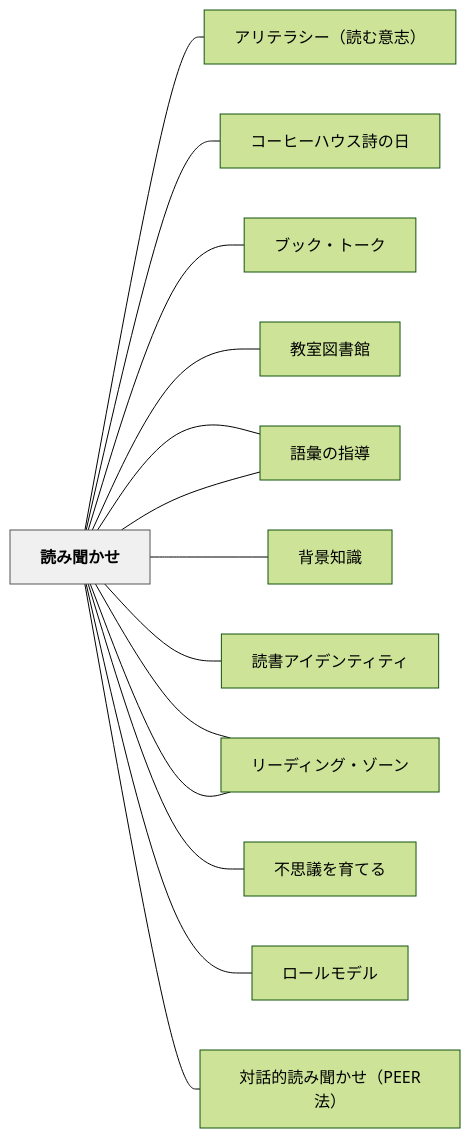
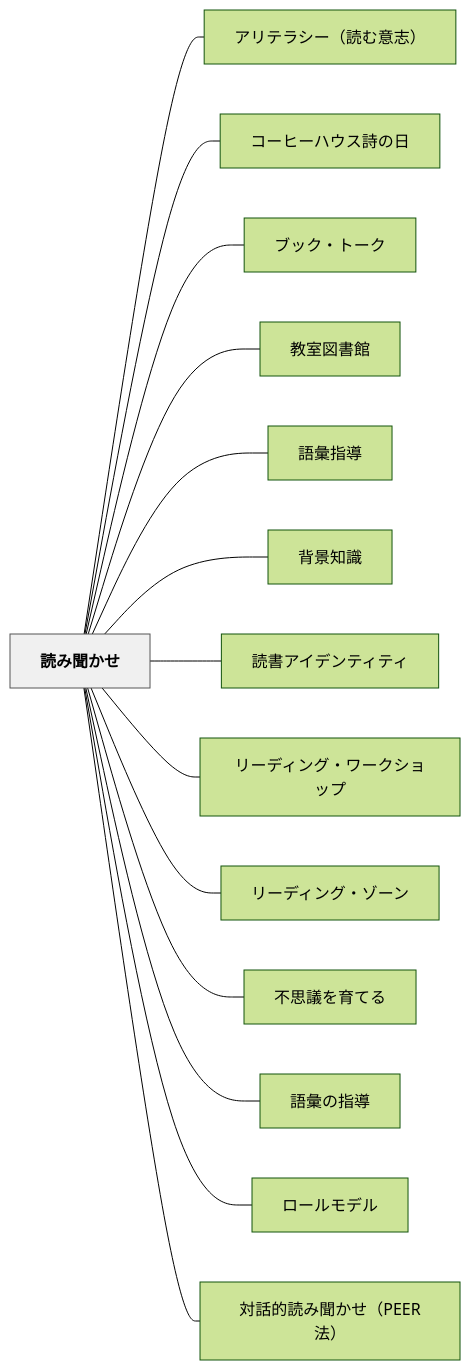
One commit to unknownthings-ed-patterns/unknownthings-ed-patterns changed the diagram in content/パタン/読み聞かせ.md. Above: the diagram before and after it, drawn with Mermaid (forest theme). The commit also changed 527 other files, not shown here.

````diff
--- a/content/パタン/読み聞かせ.md
+++ b/content/パタン/読み聞かせ.md
@@ -194,34 +194,34 @@
 ```mermaid
 flowchart LR
-    ne8aaade381bf["読み聞かせ"]
-    ne382a2e383aa["アリテラシー（読む意志）"]
-    ne382b3e383bc["コーヒーハウス詩の日"]
-    ne38396e38383["ブック・トーク"]
-    ne69599e5aea4["教室図書館"]
-    ne8aa9ee5bd99["語彙指導"]
-    ne8838ce699af["背景知識"]
-    ne8aaade69bb8["読書アイデンティティ"]
-    ne383aae383bc["リーディング・ワークショップ"]
-    ne383aae383bc["リーディング・ゾーン"]
-    ne4b88de6809d["不思議を育てる"]
-    ne8aa9ee5bd99["語彙の指導"]
-    ne383ade383bc["ロールモデル"]
-    ne5afbee8a9b1["対話的読み聞かせ（PEER法）"]
+    ne8aaade381bfe8819ee3818be3819b["読み聞かせ"]
+    ne382a2e383aae38386e383a9e382b7e383bcefbc88e8aaade38280e6848fe5bf97efbc89["アリテラシー（読む意志）"]
+    ne382b3e383bce38392e383bce3838fe382a6e382b9e8a9a9e381aee697a5["コーヒーハウス詩の日"]
+    ne38396e38383e382afe383bbe38388e383bce382af["ブック・トーク"]
+    ne69599e5aea4e59bb3e69bb8e9a4a8["教室図書館"]
+    ne8aa9ee5bd99e68c87e5b08e["語彙指導"]
+    ne8838ce699afe79fa5e8ad98["背景知識"]
+    ne8aaade69bb8e382a2e382a4e38387e383b3e38386e382a3e38386e382a3["読書アイデンティティ"]
+    ne383aae383bce38387e382a3e383b3e382b0e383bbe383afe383bce382afe382b7e383a7e38383e38397["リーディング・ワークショップ"]
+    ne383aae383bce38387e382a3e383b3e382b0e383bbe382bee383bce383b3["リーディング・ゾーン"]
+    ne4b88de6809de8adb0e38292e882b2e381a6e3828b["不思議を育てる"]
+    ne8aa9ee5bd99e381aee68c87e5b08e["語彙の指導"]
+    ne383ade383bce383abe383a2e38387e383ab["ロールモデル"]
+    ne5afbee8a9b1e79a84e8aaade381bfe8819ee3818be3819befbc8850454552e6b395efbc89["対話的読み聞かせ（PEER法）"]
 
-    ne8aaade381bf --- ne382a2e383aa
-    ne8aaade381bf --- ne382b3e383bc
-    ne8aaade381bf --- ne38396e38383
-    ne8aaade381bf --- ne69599e5aea4
-    ne8aaade381bf --- ne8aa9ee5bd99
-    ne8aaade381bf --- ne8838ce699af
-    ne8aaade381bf --- ne8aaade69bb8
-    ne8aaade381bf --- ne383aae383bc
-    ne8aaade381bf --- ne383aae383bc
-    ne8aaade381bf --- ne4b88de6809d
-    ne8aaade381bf --- ne8aa9ee5bd99
-    ne8aaade381bf --- ne383ade383bc
-    ne8aaade381bf --- ne5afbee8a9b1
+    ne8aaade381bfe8819ee3818be3819b --- ne382a2e383aae38386e383a9e382b7e383bcefbc88e8aaade38280e6848fe5bf97efbc89
+    ne8aaade381bfe8819ee3818be3819b --- ne382b3e383bce38392e383bce3838fe382a6e382b9e8a9a9e381aee697a5
+    ne8aaade381bfe8819ee3818be3819b --- ne38396e38383e382afe383bbe38388e383bce382af
+    ne8aaade381bfe8819ee3818be3819b --- ne69599e5aea4e59bb3e69bb8e9a4a8
+    ne8aaade381bfe8819ee3818be3819b --- ne8aa9ee5bd99e68c87e5b08e
+    ne8aaade381bfe8819ee3818be3819b --- ne8838ce699afe79fa5e8ad98
+    ne8aaade381bfe8819ee3818be3819b --- ne8aaade69bb8e382a2e382a4e38387e383b3e38386e382a3e38386e382a3
+    ne8aaade381bfe8819ee3818be3819b --- ne383aae383bce38387e382a3e383b3e382b0e383bbe383afe383bce382afe382b7e383a7e38383e38397
+    ne8aaade381bfe8819ee3818be3819b --- ne383aae383bce38387e382a3e383b3e382b0e383bbe382bee383bce383b3
+    ne8aaade381bfe8819ee3818be3819b --- ne4b88de6809de8adb0e38292e882b2e381a6e3828b
+    ne8aaade381bfe8819ee3818be3819b --- ne8aa9ee5bd99e381aee68c87e5b08e
+    ne8aaade381bfe8819ee3818be3819b --- ne383ade383bce383abe383a2e38387e383ab
+    ne8aaade381bfe8819ee3818be3819b --- ne5afbee8a9b1e79a84e8aaade381bfe8819ee3818be3819befbc8850454552e6b395efbc89
 
     classDef hub fill:#f0f0f0,stroke:#555,color:#000,font-weight:bold
-    class ne8aaade381bf hub
+    class ne8aaade381bfe8819ee3818be3819b hub
 ```
````
